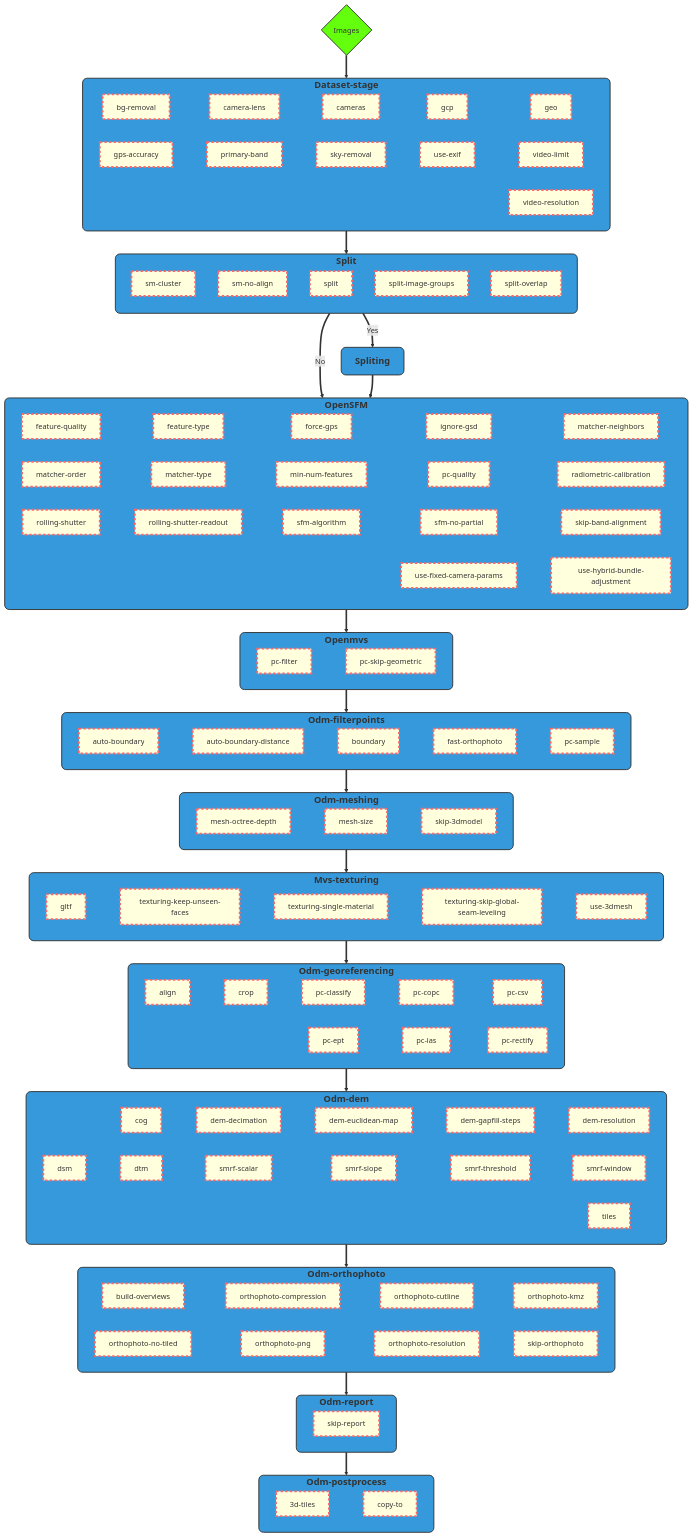
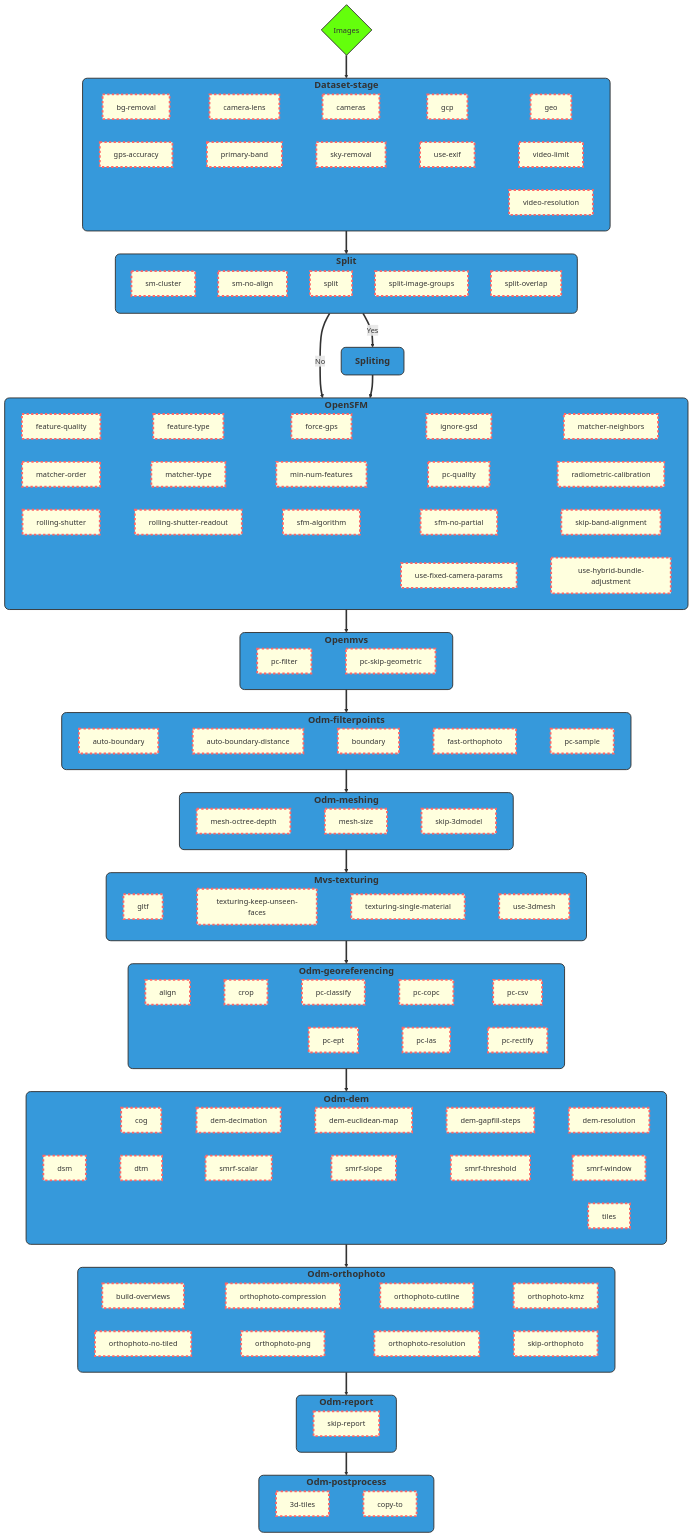
One commit to OpenDroneMap/docs changed the diagram in source/flowchart.rst. Above: the diagram before and after it, drawn with Mermaid. The commit also changed 1037 other files, not shown here.

Commit message:
remove deprecated from flow and fix script after Copilot complains

```diff
--- a/source/flowchart.rst
+++ b/source/flowchart.rst
@@ -141,15 +141,13 @@
                 gltf:::options
                 texturing-keep-unseen-faces:::options
                 texturing-single-material:::options
-                texturing-skip-global-seam-leveling:::options
                 use-3dmesh:::options
             end
-            gltf ~~~ texturing-keep-unseen-faces ~~~ texturing-single-material  ~~~ texturing-skip-global-seam-leveling ~~~  use-3dmesh
+            gltf ~~~ texturing-keep-unseen-faces ~~~ texturing-single-material  ~~~   use-3dmesh
 
         click gltf "../arguments/gltf/"
         click texturing-keep-unseen-faces "../arguments/texturing-keep-unseen-faces/"
         click texturing-single-material "../arguments/texturing-single-material/"
-        click texturing-skip-global-seam-leveling "../arguments/texturing-skip-global-seam-leveling/"
         click use-3dmesh "../arguments/use-3dmesh/"
 
             subgraph Odm-georeferencing["`**Odm-georeferencing**`"]
```
